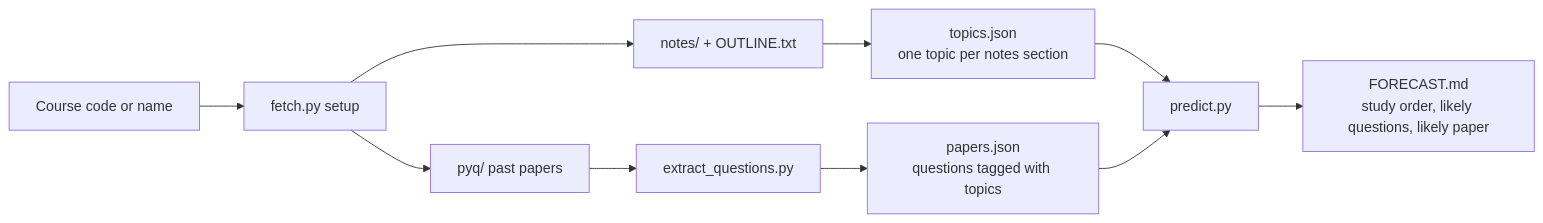
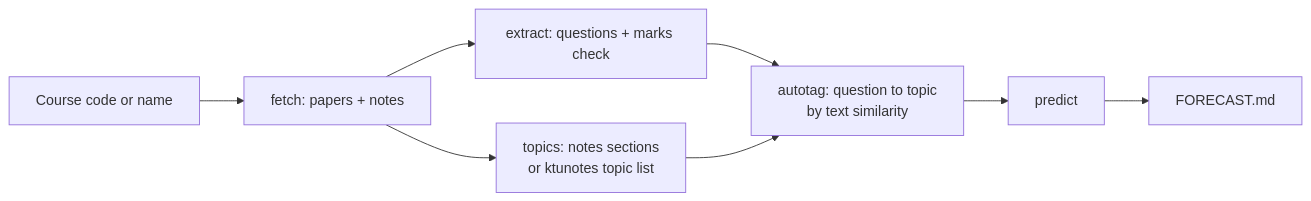
Before and after one commit to justhashim/ktu-exam-predictor: the diagram in README.md, drawn with Mermaid. The commit also changed other lines of this file and 4 other files, not shown here.

````diff
--- a/README.md
+++ b/README.md
@@ -37,12 +126,10 @@
 ```mermaid
 flowchart LR
-    A[Course code or name] --> B[fetch.py setup]
-    B --> C[notes/ + OUTLINE.txt]
-    B --> D[pyq/ past papers]
-    D --> E[extract_questions.py]
-    C --> F[topics.json<br/>one topic per notes section]
-    E --> G[papers.json<br/>questions tagged with topics]
-    F --> H[predict.py]
-    G --> H
-    H --> I[FORECAST.md<br/>study order, likely questions, likely paper]
+    A[Course code or name] --> B[fetch: papers + notes]
+    B --> C[extract: questions + marks check]
+    B --> D[topics: notes sections<br/>or ktunotes topic list]
+    C --> E[autotag: question to topic<br/>by text similarity]
+    D --> E
+    E --> F[predict]
+    F --> G[FORECAST.md]
 ```
````
